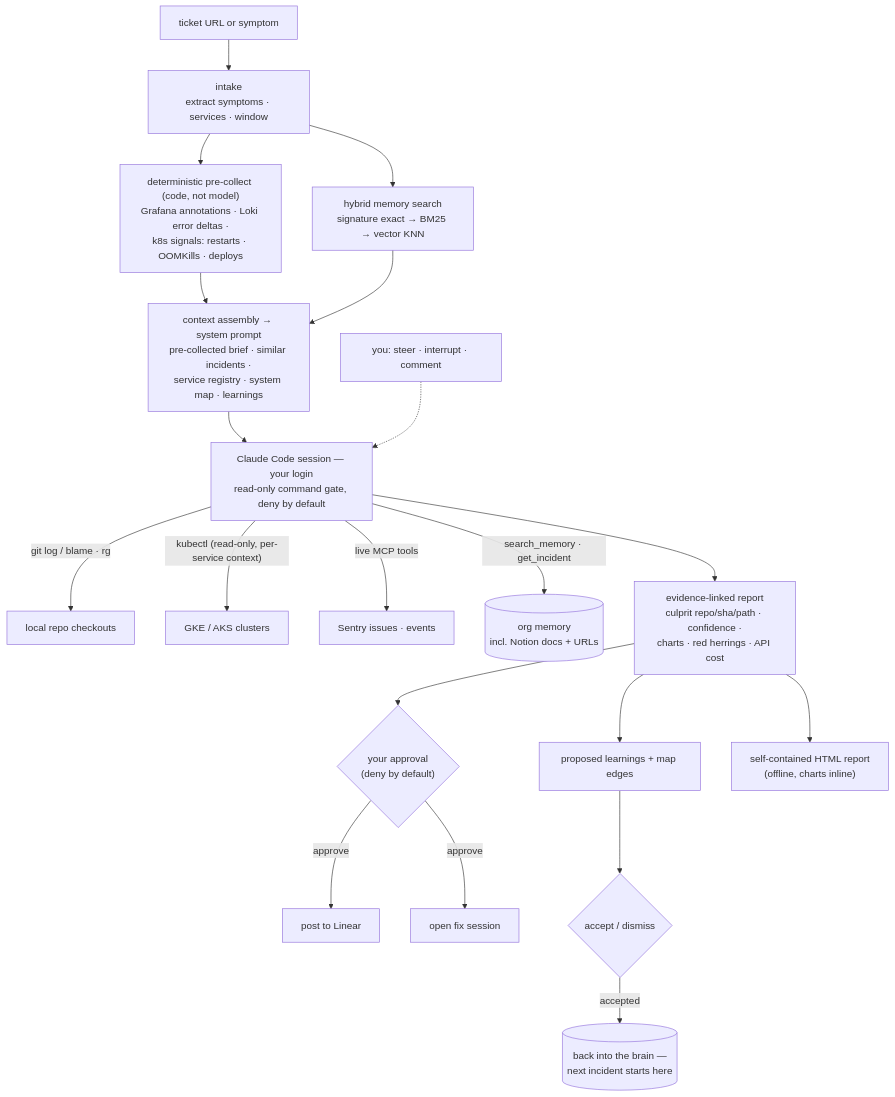
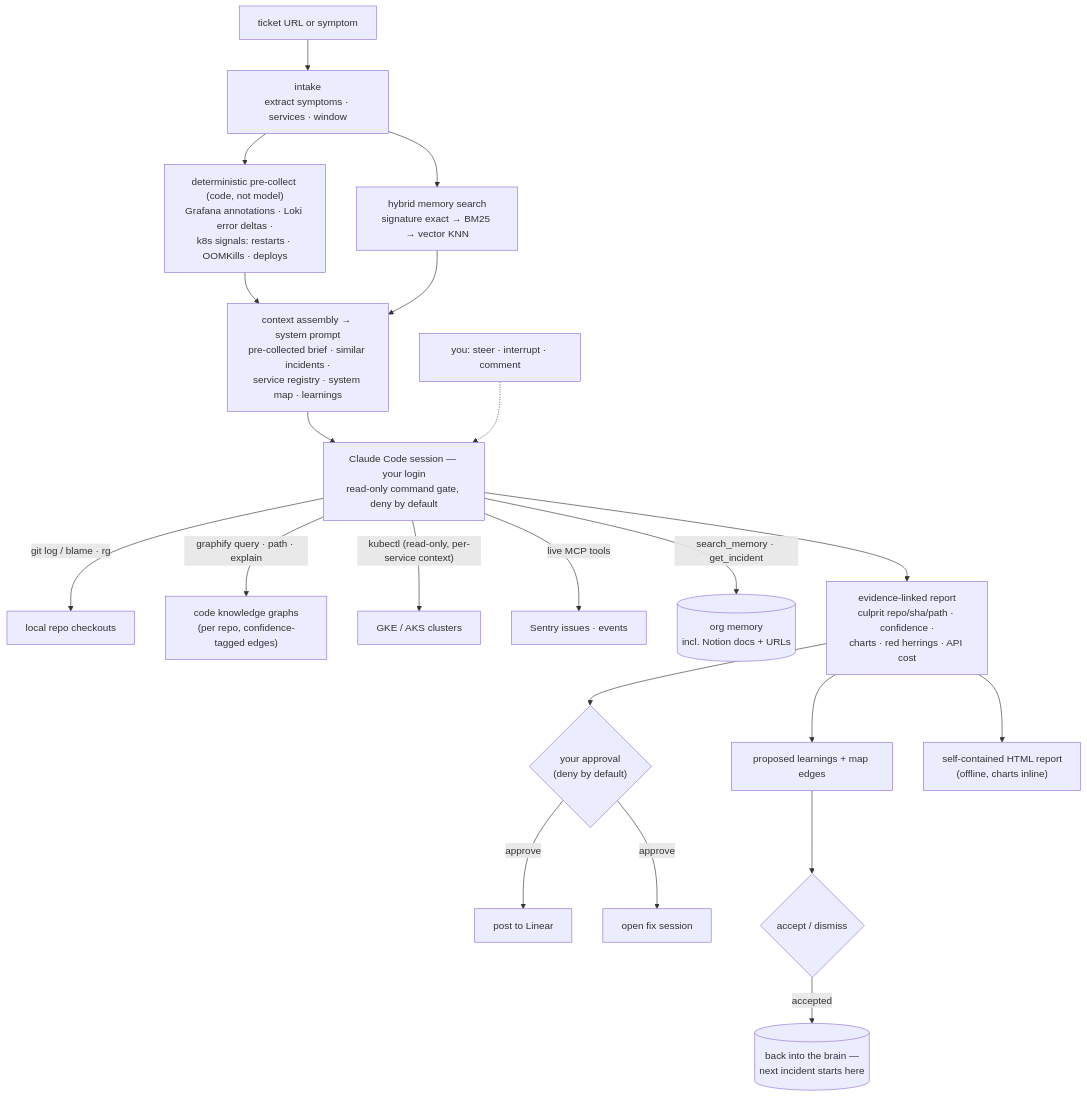
One commit to kumarajay0412/mesh changed the second of 2 diagrams in README.md. Above: the diagram before and after it, drawn with Mermaid. The commit also changed other lines of this file and 21 other files, not shown here.

First line of the commit message:
Code graphs: graphify in sync + sessions + a Knowledge map tab

````diff
--- a/README.md
+++ b/README.md
@@ -62,26 +62,27 @@
 ```mermaid
 flowchart TB
     TICKET["ticket URL or symptom"] --> INTAKE["intake<br/>extract symptoms · services · window"]
 
     INTAKE --> PRE["deterministic pre-collect (code, not model)<br/>Grafana annotations · Loki error deltas ·<br/>k8s signals: restarts · OOMKills · deploys"]
     INTAKE --> SIM["hybrid memory search<br/>signature exact → BM25 → vector KNN"]
 
     PRE --> CTX["context assembly → system prompt<br/>pre-collected brief · similar incidents ·<br/>service registry · system map · learnings"]
     SIM --> CTX
 
     CTX --> SESSION["Claude Code session — your login<br/>read-only command gate, deny by default"]
 
     SESSION -->|"git log / blame · rg"| REPOS2["local repo checkouts"]
+    SESSION -->|"graphify query · path · explain"| CG["code knowledge graphs<br/>(per repo, confidence-tagged edges)"]
     SESSION -->|"kubectl (read-only, per-service context)"| K8S["GKE / AKS clusters"]
     SESSION -->|"live MCP tools"| SENTRY["Sentry issues · events"]
     SESSION -->|"search_memory · get_incident"| MEM2[("org memory<br/>incl. Notion docs + URLs")]
     STEER["you: steer · interrupt · comment"] -.-> SESSION
 
     SESSION --> REPORT["evidence-linked report<br/>culprit repo/sha/path · confidence ·<br/>charts · red herrings · API cost"]
 
     REPORT --> GATE{"your approval<br/>(deny by default)"}
     GATE -->|approve| LINEAR["post to Linear"]
     GATE -->|approve| FIX["open fix session"]
     REPORT --> PROPOSE["proposed learnings + map edges"] --> GATE2{"accept / dismiss"} -->|accepted| BRAIN2[("back into the brain —<br/>next incident starts here")]
     REPORT --> HTML["self-contained HTML report<br/>(offline, charts inline)"]
 ```
````
